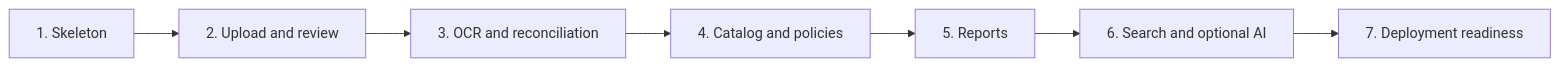
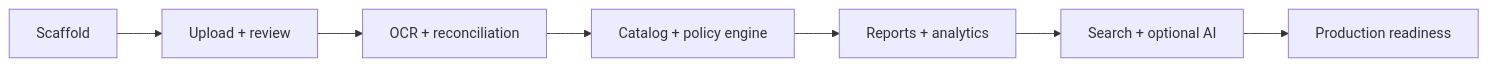
The second of 2 diagrams in README.md (felipe0328/supplylens), drawn with Mermaid before and after one commit. The commit also changed other lines of this file and 22 other files, not shown here.

````diff
--- a/README.md
+++ b/README.md
@@ -168,9 +225,9 @@
 ```mermaid
 flowchart LR
-    A[1. Skeleton] --> B[2. Upload and review]
-    B --> C[3. OCR and reconciliation]
-    C --> D[4. Catalog and policies]
-    D --> E[5. Reports]
-    E --> F[6. Search and optional AI]
-    F --> G[7. Deployment readiness]
+    A[Scaffold] --> B[Upload + review]
+    B --> C[OCR + reconciliation]
+    C --> D[Catalog + policy engine]
+    D --> E[Reports + analytics]
+    E --> F[Search + optional AI]
+    F --> G[Production readiness]
 ```
````
